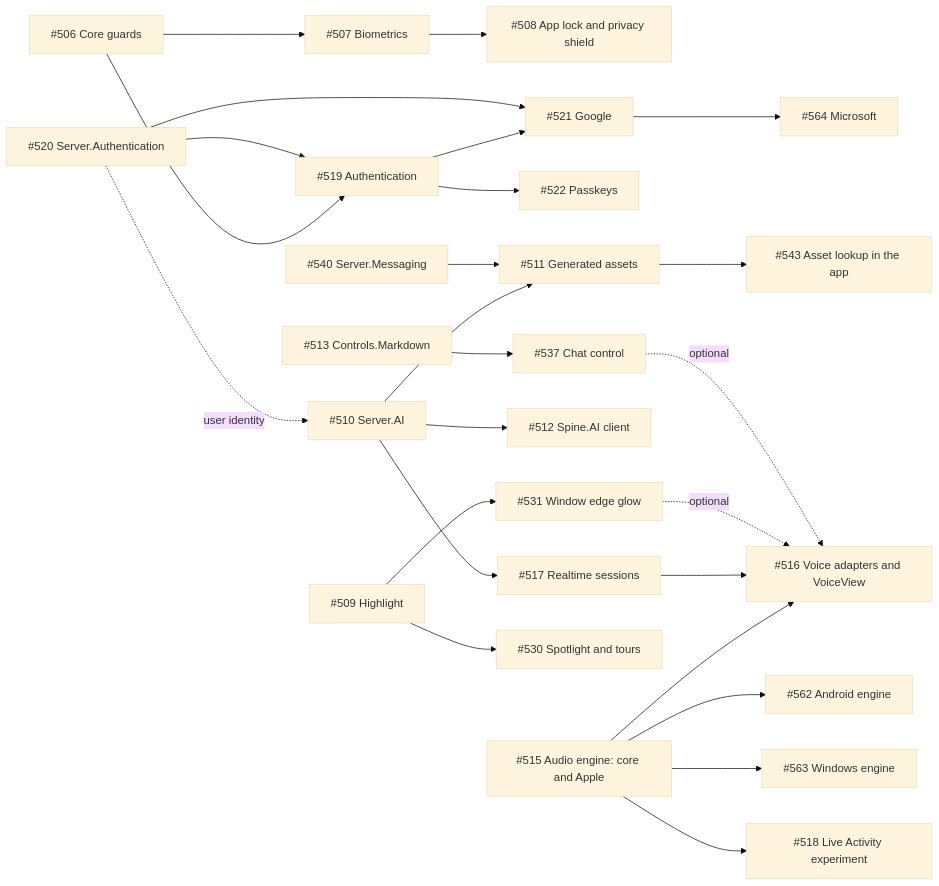
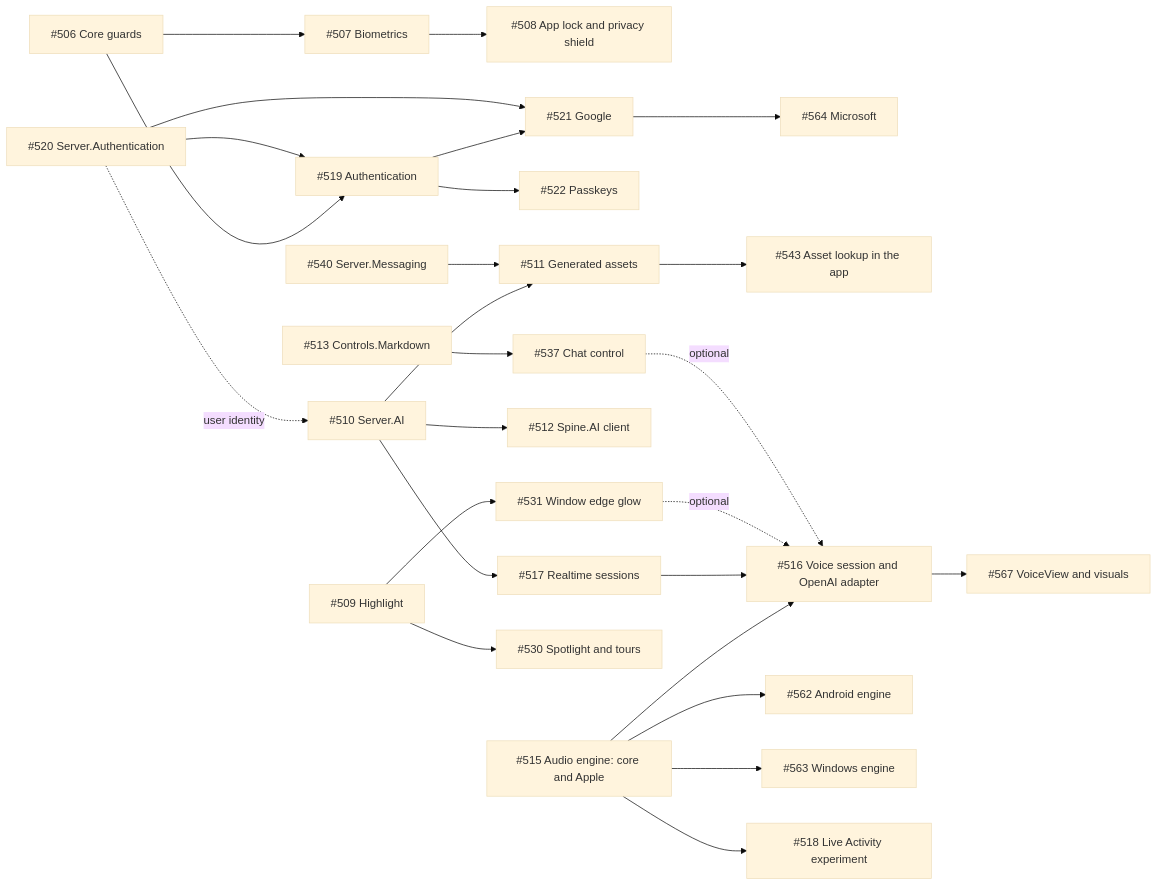
Before and after one commit to jonatansoderberg/Maui.Spine: the diagram in docs/plans/ai-and-security.md, drawn with Mermaid (base theme). The commit also changed other lines of this file and 26 other files, not shown here.

First line of the commit message:
Spine.Voice: IVoiceSession, the OpenAI realtime adapter and a Voice chat page (#516)

````diff
--- a/docs/plans/ai-and-security.md
+++ b/docs/plans/ai-and-security.md
@@ -65,27 +65,28 @@
 ```mermaid
 graph LR
   G[#506 Core guards] --> BIO[#507 Biometrics]
   BIO --> LOCK[#508 App lock and privacy shield]
   G --> AUTH[#519 Authentication]
   SA[#520 Server.Authentication] --> AUTH
   AUTH --> GM[#521 Google]
   GM --> MS[#564 Microsoft]
   SA --> GM
   AUTH --> PK[#522 Passkeys]
   MD[#513 Controls.Markdown] --> CHAT
   AI[#510 Server.AI] --> ASSET[#511 Generated assets]
   MSG[#540 Server.Messaging] --> ASSET
   ASSET --> ASSETC[#543 Asset lookup in the app]
   AI --> CL[#512 Spine.AI client]
   AI --> RT[#517 Realtime sessions]
-  VE[#515 Audio engine: core and Apple] --> VO[#516 Voice adapters and VoiceView]
+  VE[#515 Audio engine: core and Apple] --> VO[#516 Voice session and OpenAI adapter]
   VE --> VEA[#562 Android engine]
   VE --> VEW[#563 Windows engine]
+  VO --> VV[#567 VoiceView and visuals]
   RT --> VO
   VE --> LA[#518 Live Activity experiment]
   HL[#509 Highlight] --> SPOT[#530 Spotlight and tours]
   HL --> EDGE[#531 Window edge glow]
   EDGE -.optional.-> VO
   CHAT[#537 Chat control] -.optional.-> VO
   SA -.user identity.-> AI
 ```
````
